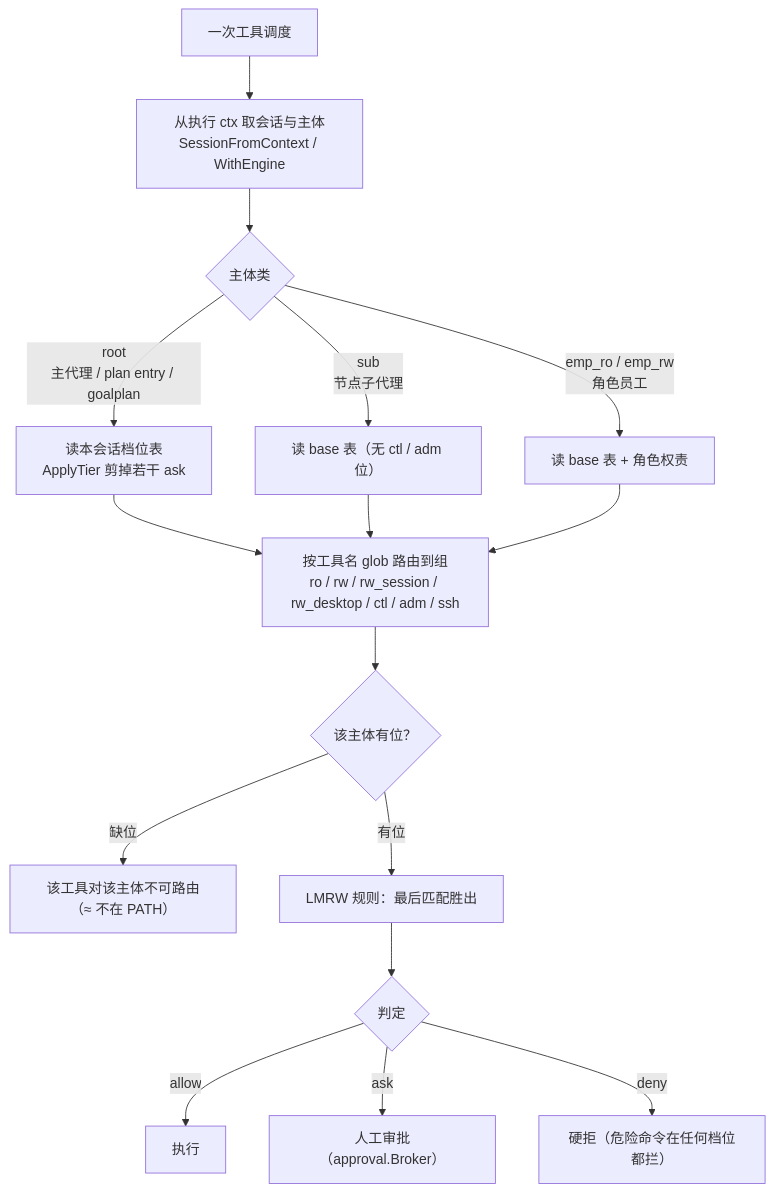
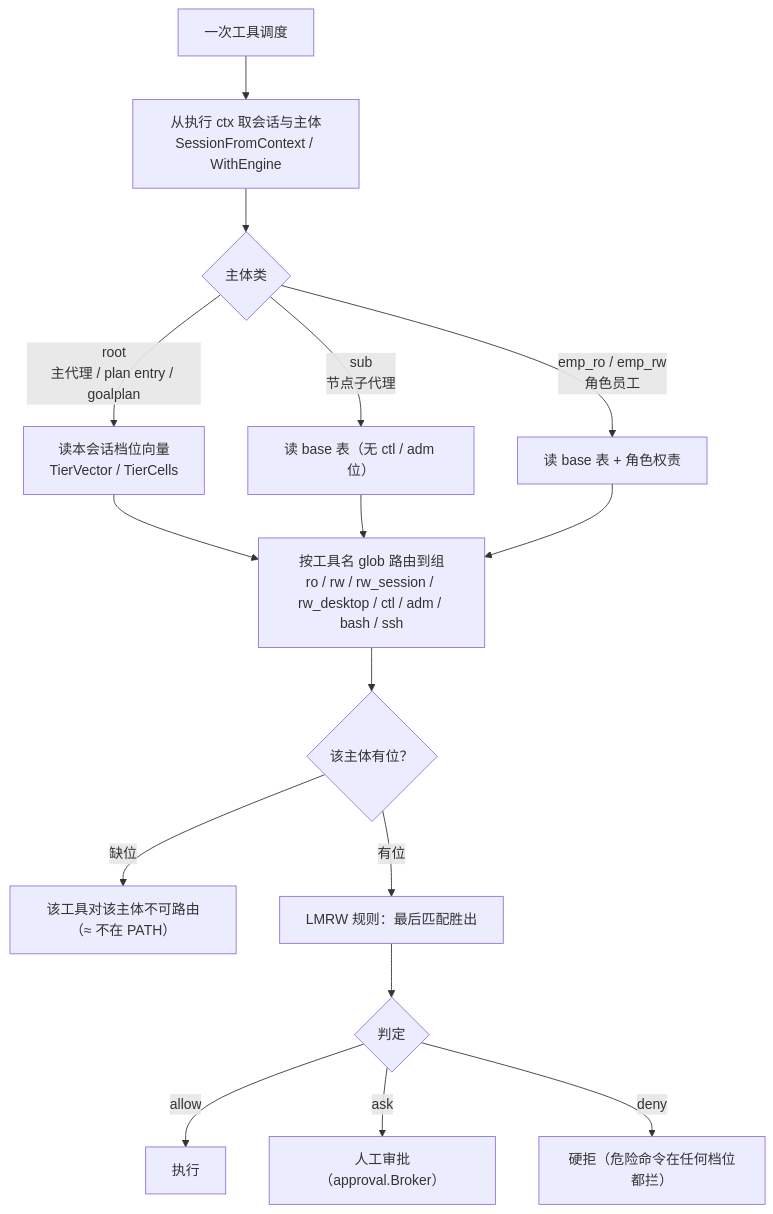
Before and after one commit to RedHuang-0622/seelex: the second of 3 diagrams in backend/tool/registry/README.md, drawn with Mermaid. The commit also changed other lines of this file and 29 other files, not shown here.

````diff
--- a/backend/tool/registry/README.md
+++ b/backend/tool/registry/README.md
@@ -35,18 +35,18 @@
 ```mermaid
 flowchart TB
     CALL["一次工具调度"] --> CTX["从执行 ctx 取会话与主体<br/>SessionFromContext / WithEngine"]
     CTX --> CLASS{"主体类"}
-    CLASS -->|root<br/>主代理 / plan entry / goalplan| ROOT["读本会话档位表<br/>ApplyTier 剪掉若干 ask"]
+    CLASS -->|root<br/>主代理 / plan entry / goalplan| ROOT["读本会话档位向量<br/>TierVector / TierCells"]
     CLASS -->|sub<br/>节点子代理| BASE1["读 base 表（无 ctl / adm 位）"]
     CLASS -->|emp_ro / emp_rw<br/>角色员工| BASE2["读 base 表 + 角色权责"]
-    ROOT --> GROUP["按工具名 glob 路由到组<br/>ro / rw / rw_session / rw_desktop / ctl / adm / ssh"]
+    ROOT --> GROUP["按工具名 glob 路由到组<br/>ro / rw / rw_session / rw_desktop / ctl / adm / bash / ssh"]
     BASE1 --> GROUP
     BASE2 --> GROUP
     GROUP --> BITS{"该主体有位？"}
     BITS -->|缺位| NOWAY["该工具对该主体不可路由（≈ 不在 PATH）"]
     BITS -->|有位| RULES["LMRW 规则：最后匹配胜出"]
     RULES --> ACT{"判定"}
     ACT -->|allow| RUN["执行"]
     ACT -->|ask| APV["人工审批（approval.Broker）"]
     ACT -->|deny| BLOCK["硬拒（危险命令在任何档位都拦）"]
 ```
````
